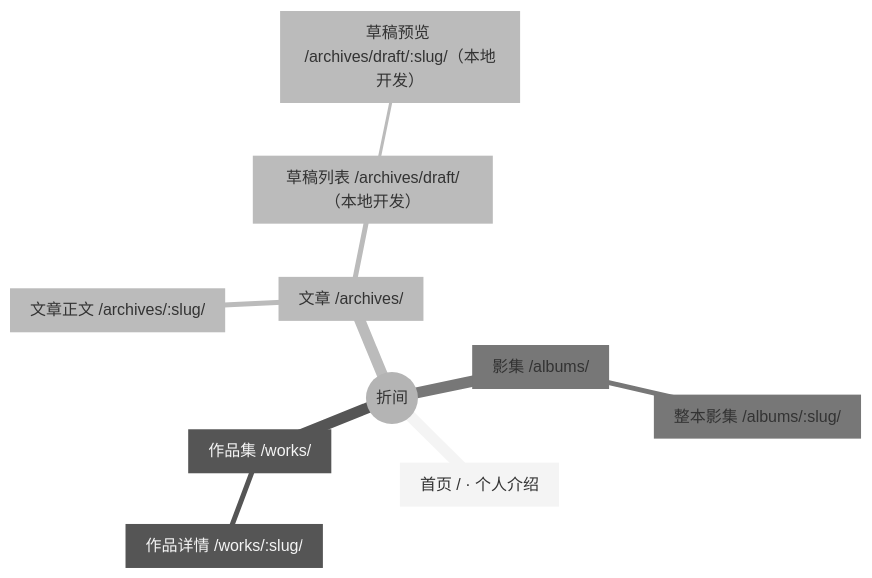
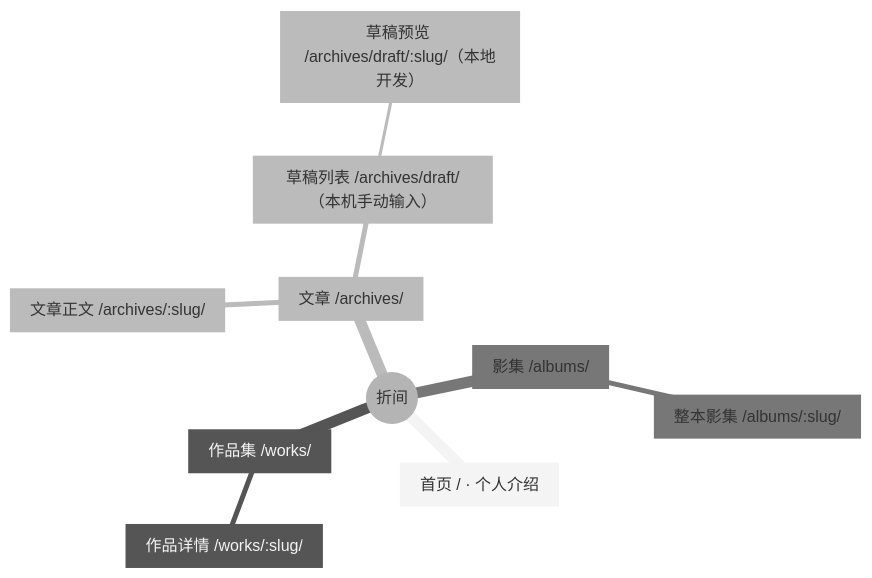
Before and after one commit to 155TuT/origami-page: the first of 2 diagrams in docs/page-map.md, drawn with Mermaid (neutral theme). The commit also changed other lines of this file and 28 other files, not shown here.

````diff
--- a/docs/page-map.md
+++ b/docs/page-map.md
@@ -9,13 +9,13 @@
 ```mermaid
 mindmap
   root((折间))
     home["首页 / · 个人介绍"]
     works["作品集 /works/"]
       work["作品详情 /works/:slug/"]
     articles["文章 /archives/"]
       post["文章正文 /archives/:slug/"]
-      drafts["草稿列表 /archives/draft/（本地开发）"]
+      drafts["草稿列表 /archives/draft/（本机手动输入）"]
         draft["草稿预览 /archives/draft/:slug/（本地开发）"]
     albums["影集 /albums/"]
       album["整本影集 /albums/:slug/"]
 ```
````
